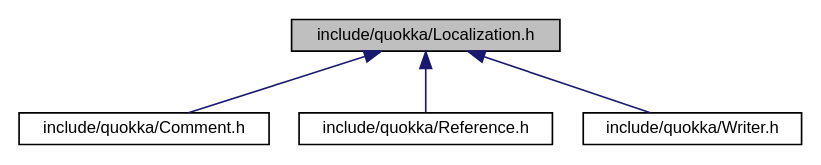
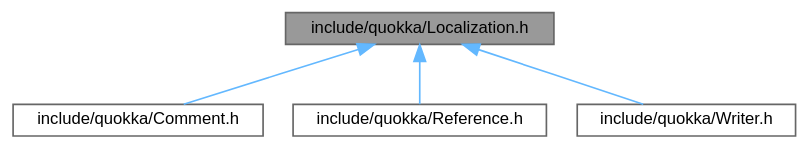
One commit to quarkslab/quokka changed the diagram in reference/cpp/Localization_8h__dep__incl.dot. Above: the diagram before and after it, drawn with Graphviz. The commit also changed 549 other files, not shown here.

```diff
--- a/reference/cpp/Localization_8h__dep__incl.dot
+++ b/reference/cpp/Localization_8h__dep__incl.dot
@@ -1,13 +1,14 @@
 digraph "include/quokka/Localization.h"
 {
  // LATEX_PDF_SIZE
-  edge [fontname="Helvetica",fontsize="10",labelfontname="Helvetica",labelfontsize="10"];
-  node [fontname="Helvetica",fontsize="10",shape=record];
-  Node1 [label="include/quokka/Localization.h",height=0.2,width=0.4,color="black", fillcolor="grey75", style="filled", fontcolor="black",tooltip=" "];
-  Node1 -> Node2 [dir="back",color="midnightblue",fontsize="10",style="solid",fontname="Helvetica"];
-  Node2 [label="include/quokka/Comment.h",height=0.2,width=0.4,color="black", fillcolor="white", style="filled",URL="$Comment_8h.html",tooltip=" "];
-  Node1 -> Node3 [dir="back",color="midnightblue",fontsize="10",style="solid",fontname="Helvetica"];
-  Node3 [label="include/quokka/Reference.h",height=0.2,width=0.4,color="black", fillcolor="white", style="filled",URL="$Reference_8h.html",tooltip=" "];
-  Node1 -> Node4 [dir="back",color="midnightblue",fontsize="10",style="solid",fontname="Helvetica"];
-  Node4 [label="include/quokka/Writer.h",height=0.2,width=0.4,color="black", fillcolor="white", style="filled",URL="$Writer_8h.html",tooltip=" "];
+  bgcolor="transparent";
+  edge [fontname=Helvetica,fontsize=10,labelfontname=Helvetica,labelfontsize=10];
+  node [fontname=Helvetica,fontsize=10,shape=box,height=0.2,width=0.4];
+  Node1 [id="Node000001",label="include/quokka/Localization.h",height=0.2,width=0.4,color="gray40", fillcolor="grey60", style="filled", fontcolor="black",tooltip=" "];
+  Node1 -> Node2 [id="edge1_Node000001_Node000002",dir="back",color="steelblue1",style="solid",tooltip=" "];
+  Node2 [id="Node000002",label="include/quokka/Comment.h",height=0.2,width=0.4,color="grey40", fillcolor="white", style="filled",URL="$Comment_8h.html",tooltip=" "];
+  Node1 -> Node3 [id="edge2_Node000001_Node000003",dir="back",color="steelblue1",style="solid",tooltip=" "];
+  Node3 [id="Node000003",label="include/quokka/Reference.h",height=0.2,width=0.4,color="grey40", fillcolor="white", style="filled",URL="$Reference_8h.html",tooltip=" "];
+  Node1 -> Node4 [id="edge3_Node000001_Node000004",dir="back",color="steelblue1",style="solid",tooltip=" "];
+  Node4 [id="Node000004",label="include/quokka/Writer.h",height=0.2,width=0.4,color="grey40", fillcolor="white", style="filled",URL="$Writer_8h.html",tooltip=" "];
 }
```
